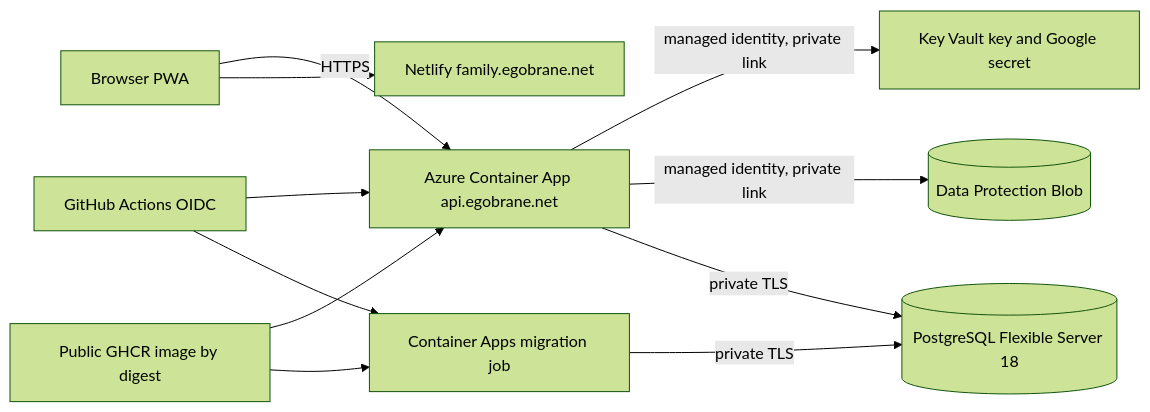
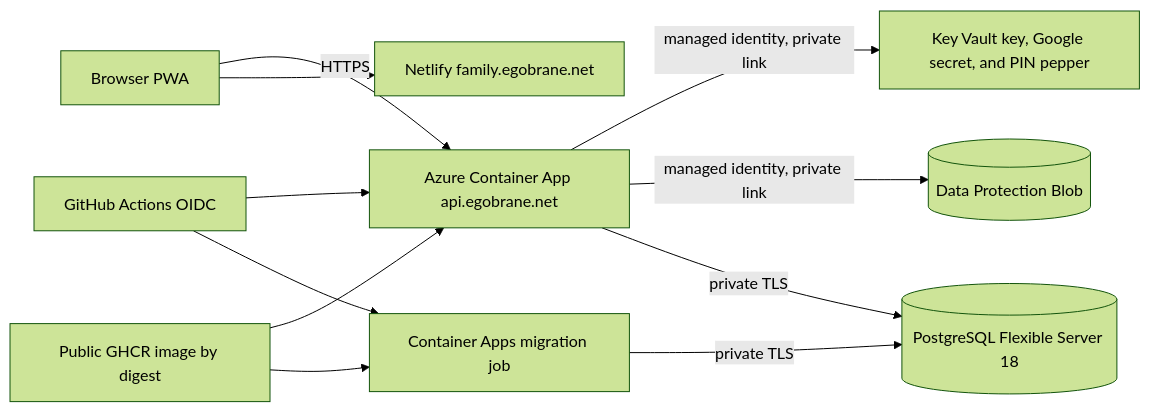
One commit to egobrane/FamilyBoard changed the diagram in docs/deployment/azure.md. Above: the diagram before and after it, drawn with Mermaid (forest theme). The commit also changed other lines of this file and 71 other files, not shown here.

````diff
--- a/docs/deployment/azure.md
+++ b/docs/deployment/azure.md
@@ -5,13 +5,13 @@
 ```mermaid
 flowchart LR
     Browser[Browser PWA] --> Netlify[Netlify family.egobrane.net]
     Browser -->|HTTPS| API[Azure Container App api.egobrane.net]
     GHCR[Public GHCR image by digest] --> Job[Container Apps migration job]
     GHCR --> API
     Job -->|private TLS| PostgreSQL[(PostgreSQL Flexible Server 18)]
     API -->|private TLS| PostgreSQL
     API -->|managed identity, private link| Blob[(Data Protection Blob)]
-    API -->|managed identity, private link| Vault[Key Vault key and Google secret]
+    API -->|managed identity, private link| Vault[Key Vault key, Google secret, and PIN pepper]
     GitHub[GitHub Actions OIDC] --> Job
     GitHub --> API
 ```
````
